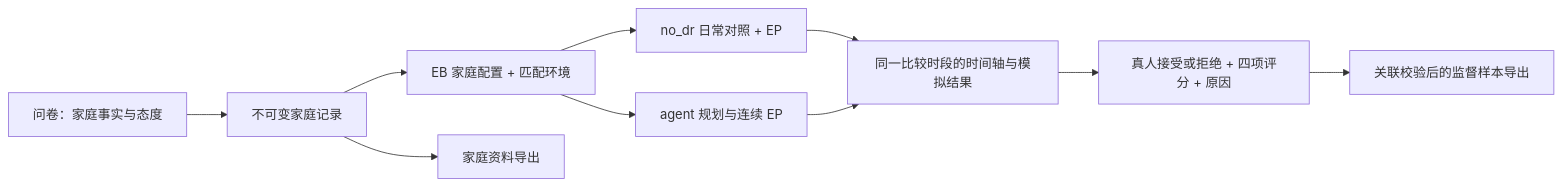
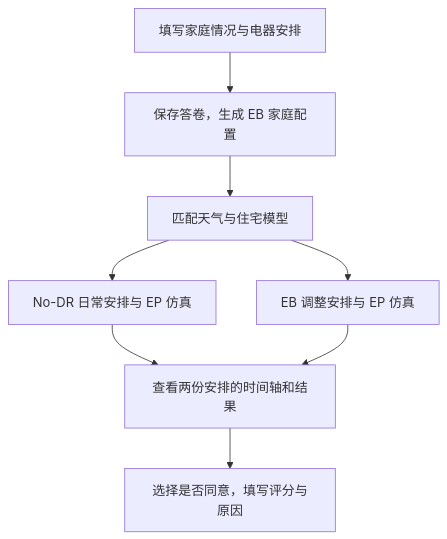
One commit to Fanmili-5/energybridge-household-survey changed the diagram in README.md. Above: the diagram before and after it, drawn with Mermaid. The commit also changed other lines of this file and 40 other files, not shown here.

````diff
--- a/README.md
+++ b/README.md
@@ -7,12 +13,10 @@
 ```mermaid
-flowchart LR
-    A[问卷：家庭事实与态度] --> B[不可变家庭记录]
-    B --> C[EB 家庭配置 + 匹配环境]
-    C --> D[no_dr 日常对照 + EP]
-    C --> E[agent 规划与连续 EP]
-    D --> F[同一比较时段的时间轴与模拟结果]
+flowchart TD
+    A[填写家庭情况与电器安排] --> B[保存答卷，生成 EB 家庭配置]
+    B --> C[匹配天气与住宅模型]
+    C --> D[No-DR 日常安排与 EP 仿真]
+    C --> E[EB 调整安排与 EP 仿真]
+    D --> F[查看两份安排的时间轴和结果]
     E --> F
-    F --> G[真人接受或拒绝 + 四项评分 + 原因]
-    B --> H[家庭资料导出]
-    G --> I[关联校验后的监督样本导出]
+    F --> G[选择是否同意，填写评分与原因]
 ```
````
